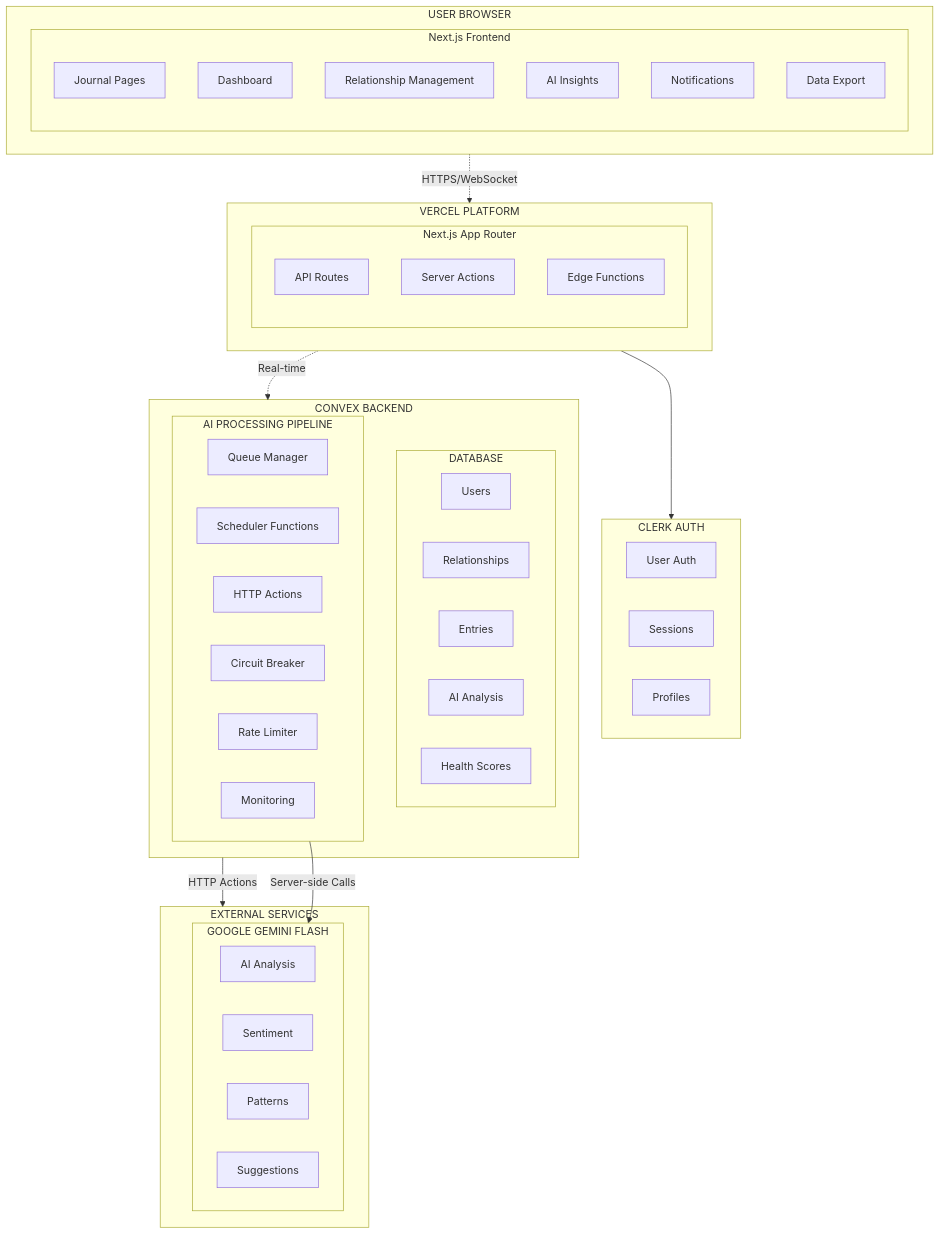
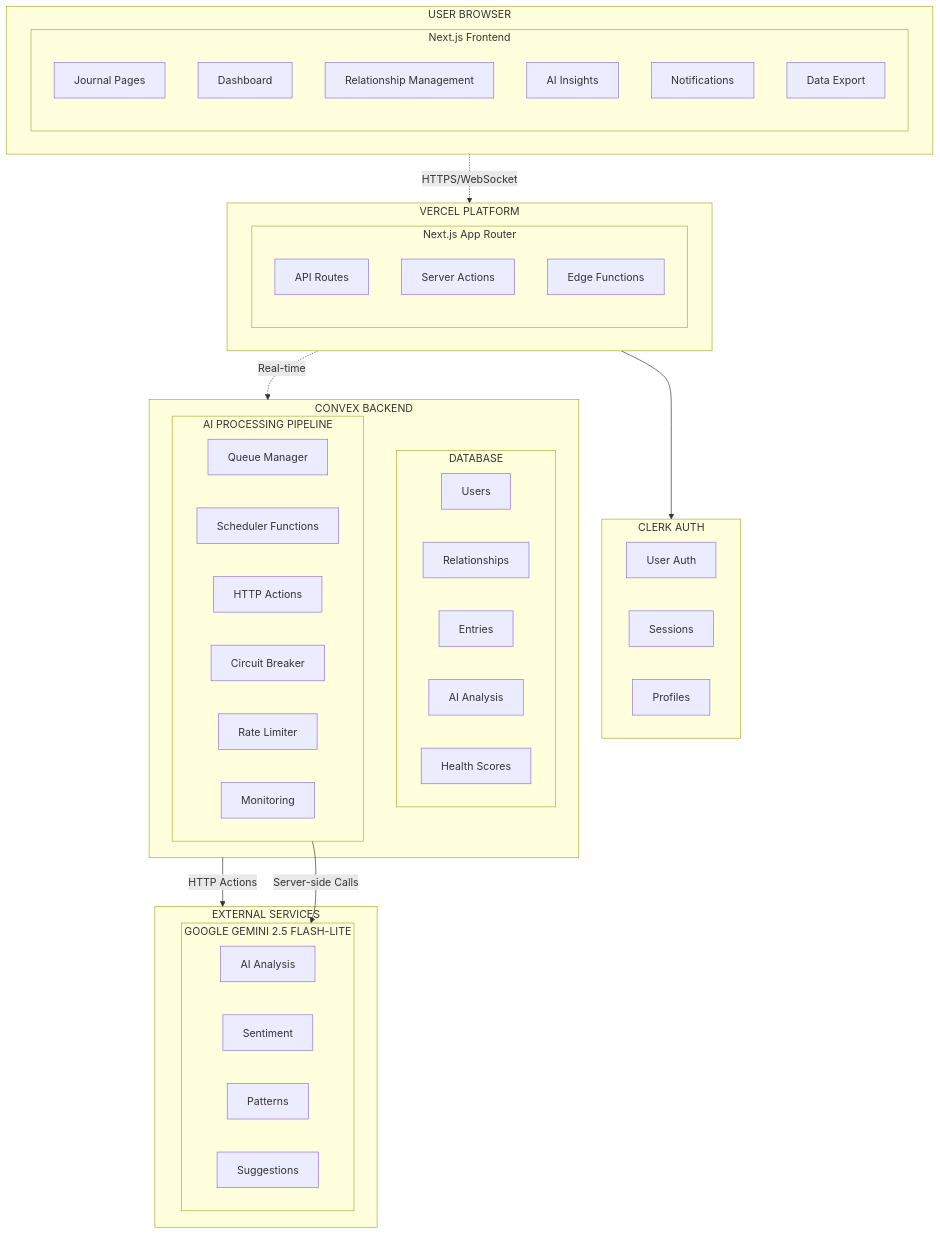
One commit to tcynic/resonant changed the first of 10 diagrams in docs/architecture/system-architecture.md. Above: the diagram before and after it, drawn with Mermaid. The commit also changed other lines of this file and 29 other files, not shown here.

First line of the commit message:
Update AI model to Gemini 2.5 Flash-Lite and update all documentation

````diff
--- a/docs/architecture/system-architecture.md
+++ b/docs/architecture/system-architecture.md
@@ -5,61 +5,61 @@
 ```mermaid
 graph TB
     subgraph Browser["USER BROWSER"]
         subgraph Frontend["Next.js Frontend"]
             JP["Journal Pages"]
             DB["Dashboard"]
             RM["Relationship Management"]
             AI["AI Insights"]
             NO["Notifications"]
             DE["Data Export"]
         end
     end
 
     subgraph Vercel["VERCEL PLATFORM"]
         subgraph AppRouter["Next.js App Router"]
             AR["API Routes"]
             SA["Server Actions"]
             EF["Edge Functions"]
         end
     end
 
     subgraph ClerkAuth["CLERK AUTH"]
         UA["User Auth"]
         SE["Sessions"]
         PR["Profiles"]
     end
 
     subgraph ConvexBackend["CONVEX BACKEND"]
         subgraph Database["DATABASE"]
             US["Users"]
             RE["Relationships"]
             EN["Entries"]
             AIR["AI Analysis"]
             HS["Health Scores"]
         end
 
         subgraph Processing["AI PROCESSING PIPELINE"]
             QM["Queue Manager"]
             SF["Scheduler Functions"]
             HA["HTTP Actions"]
             CB["Circuit Breaker"]
             RL["Rate Limiter"]
             MN["Monitoring"]
         end
     end
 
     subgraph External["EXTERNAL SERVICES"]
-        subgraph GeminiAI["GOOGLE GEMINI FLASH"]
+        subgraph GeminiAI["GOOGLE GEMINI 2.5 FLASH-LITE"]
             AIA["AI Analysis"]
             SEN["Sentiment"]
             PAT["Patterns"]
             SUG["Suggestions"]
         end
     end
 
     Browser -.->|HTTPS/WebSocket| Vercel
     Vercel --> ClerkAuth
     Vercel -.->|Real-time| ConvexBackend
     ConvexBackend -->|HTTP Actions| External
     Processing -->|Server-side Calls| GeminiAI
 ```
````
